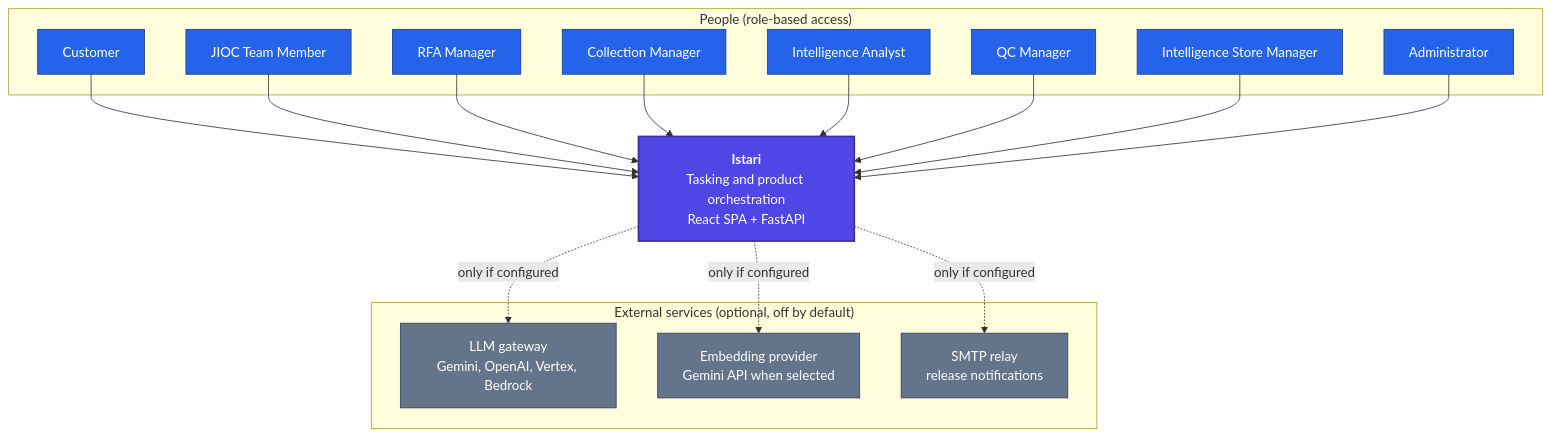
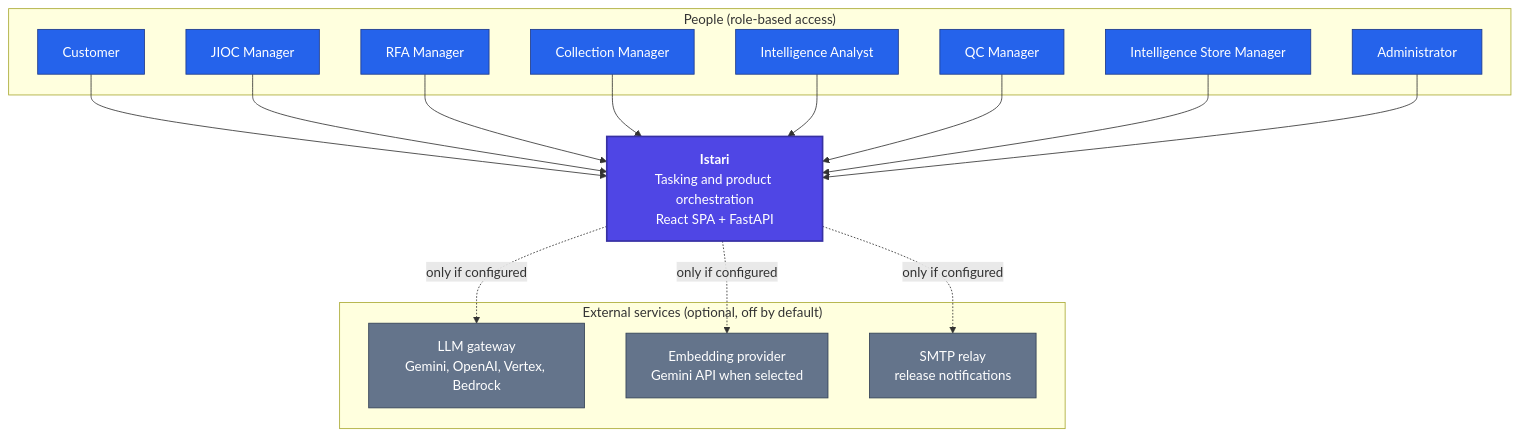
One commit to ShabalalaWATP/Coeus changed the first of 4 diagrams in docs/ARCHITECTURE.md. Above: the diagram before and after it, drawn with Mermaid. The commit also changed other lines of this file and 51 other files, not shown here.

````diff
--- a/docs/ARCHITECTURE.md
+++ b/docs/ARCHITECTURE.md
@@ -43,40 +45,40 @@
 ```mermaid
 flowchart TB
     subgraph people["People (role-based access)"]
         CUST["Customer"]
-        JIOC["JIOC Team Member"]
+        JIOC["JIOC Manager"]
         RFA["RFA Manager"]
         CM["Collection Manager"]
         AN["Intelligence Analyst"]
         QC["QC Manager"]
         STORE["Intelligence Store Manager"]
         ADM["Administrator"]
     end
 
     IST["<b>Istari</b><br/>Tasking and product orchestration<br/>React SPA + FastAPI"]
 
     subgraph ext["External services (optional, off by default)"]
         LLM["LLM gateway<br/>Gemini, OpenAI, Vertex, Bedrock"]
         EMB["Embedding provider<br/>Gemini API when selected"]
         SMTP["SMTP relay<br/>release notifications"]
     end
 
     CUST --> IST
     JIOC --> IST
     RFA --> IST
     CM --> IST
     AN --> IST
     QC --> IST
     STORE --> IST
     ADM --> IST
     IST -.->|"only if configured"| LLM
     IST -.->|"only if configured"| EMB
     IST -.->|"only if configured"| SMTP
 
     classDef actor fill:#2563eb,stroke:#1e3a8a,color:#fff,stroke-width:1px
     classDef core fill:#4f46e5,stroke:#3730a3,color:#fff,stroke-width:2px
     classDef ext fill:#64748b,stroke:#334155,color:#fff,stroke-width:1px
     class CUST,JIOC,RFA,CM,AN,QC,STORE,ADM actor
     class IST core
     class LLM,EMB,SMTP ext
 ```
````
